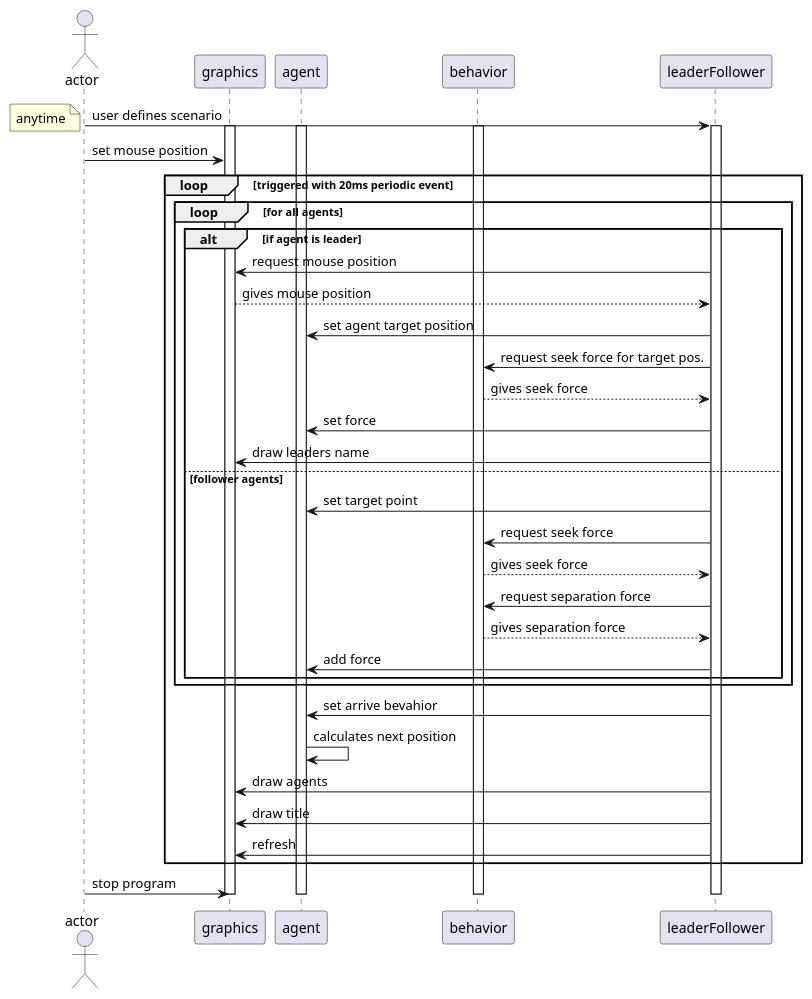
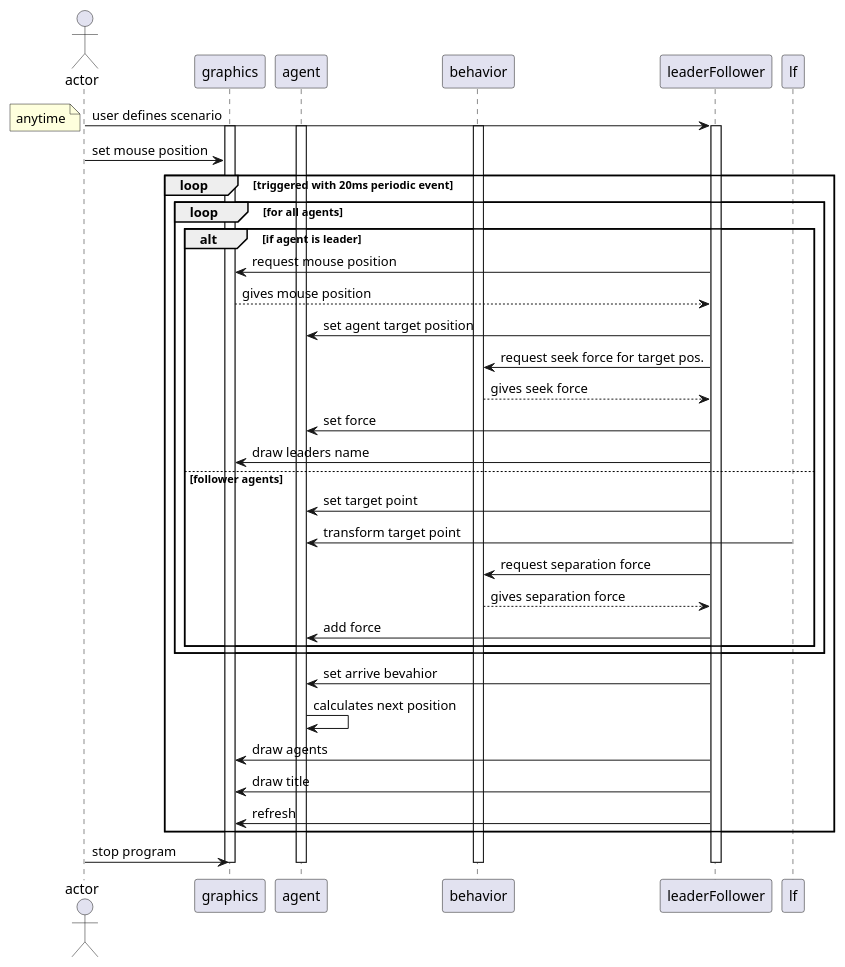
One commit to mehmetrizaoz/autonomousSteeringAgents changed the diagram in docs/uml/sequence_diagram/leaderFollower.puml. Above: the diagram before and after it, drawn with PlantUML.

Commit message:
leader following sequence diagram updated

```diff
--- a/docs/uml/sequence_diagram/leaderFollower.puml
+++ b/docs/uml/sequence_diagram/leaderFollower.puml
@@ -1,45 +1,44 @@
 @startuml
 actor actor as user
 participant graphics as view
 participant agent as agent
 participant behavior as steeringBehavior
 participant leaderFollower as lF
 
 user -> lF: user defines scenario
 activate lF
 activate view
 activate agent
 activate steeringBehavior
 note left: anytime
 user -> view:  set mouse position
 loop triggered with 20ms periodic event
     loop for all agents    
         alt if agent is leader
             lF -> view: request mouse position    
             view --> lF: gives mouse position        
             lF -> agent: set agent target position
             lF -> steeringBehavior: request seek force for target pos.
             steeringBehavior --> lF: gives seek force
             lF -> agent: set force            
             lF -> view: draw leaders name
         else follower agents        
             lF -> agent: set target point 
-            lF ->steeringBehavior: request seek force
-            steeringBehavior --> lF: gives seek force            
+            lf -> agent: transform target point
             lF ->steeringBehavior: request separation force
             steeringBehavior --> lF: gives separation force
             lF ->agent: add force            
         end
     end
     lF -> agent:set arrive bevahior
     agent -> agent: calculates next position
     lF -> view: draw agents
     lF -> view: draw title
     lF -> view: refresh
 end
 user -> view: stop program
 deactivate lF
 deactivate view
 deactivate agent
 deactivate steeringBehavior
 @enduml
```
